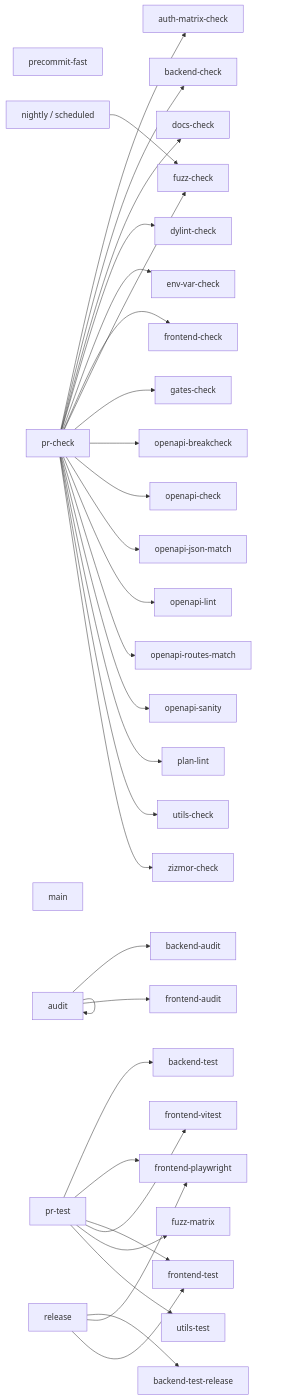
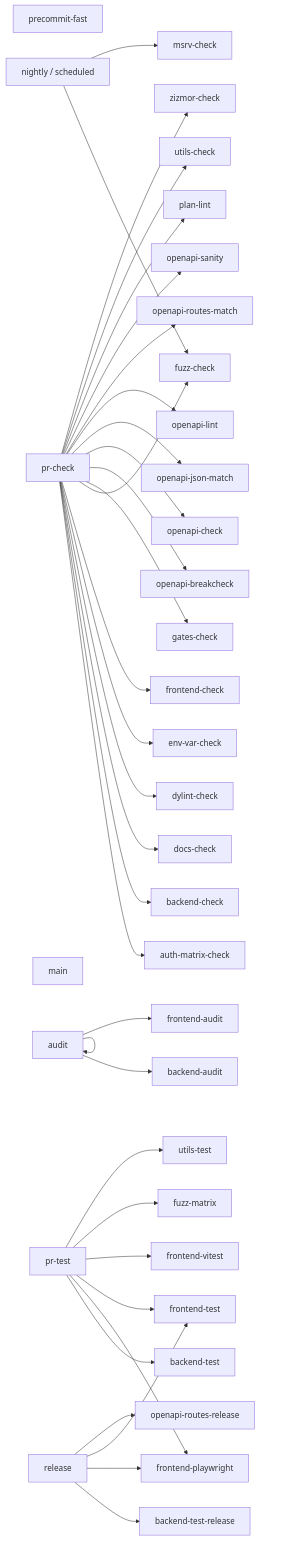
One commit to codesam88/picasu changed the diagram in docs/quality-gates.md. Above: the diagram before and after it, drawn with Mermaid. The commit also changed other lines of this file and 5 other files, not shown here.

````diff
--- a/docs/quality-gates.md
+++ b/docs/quality-gates.md
@@ -7,40 +7,42 @@
 ```mermaid
 graph LR
   precommit_fast["precommit-fast"]
   pr_check["pr-check"]
   pr_test["pr-test"]
   main["main"]
   nightly["nightly / scheduled"]
   release["release"]
   audit["audit"]
   audit --> audit["audit"]
   audit --> backend_audit["backend-audit"]
   audit --> frontend_audit["frontend-audit"]
   nightly --> fuzz_check["fuzz-check"]
+  nightly --> msrv_check["msrv-check"]
   pr_check --> auth_matrix_check["auth-matrix-check"]
   pr_check --> backend_check["backend-check"]
   pr_check --> docs_check["docs-check"]
   pr_check --> dylint_check["dylint-check"]
   pr_check --> env_var_check["env-var-check"]
   pr_check --> frontend_check["frontend-check"]
   pr_check --> fuzz_check["fuzz-check"]
   pr_check --> gates_check["gates-check"]
   pr_check --> openapi_breakcheck["openapi-breakcheck"]
   pr_check --> openapi_check["openapi-check"]
   pr_check --> openapi_json_match["openapi-json-match"]
   pr_check --> openapi_lint["openapi-lint"]
   pr_check --> openapi_routes_match["openapi-routes-match"]
   pr_check --> openapi_sanity["openapi-sanity"]
   pr_check --> plan_lint["plan-lint"]
   pr_check --> utils_check["utils-check"]
   pr_check --> zizmor_check["zizmor-check"]
   pr_test --> backend_test["backend-test"]
   pr_test --> frontend_playwright["frontend-playwright"]
   pr_test --> frontend_test["frontend-test"]
   pr_test --> frontend_vitest["frontend-vitest"]
   pr_test --> fuzz_matrix["fuzz-matrix"]
   pr_test --> utils_test["utils-test"]
   release --> backend_test_release["backend-test-release"]
   release --> frontend_playwright["frontend-playwright"]
   release --> frontend_test["frontend-test"]
+  release --> openapi_routes_release["openapi-routes-release"]
 ```
````
